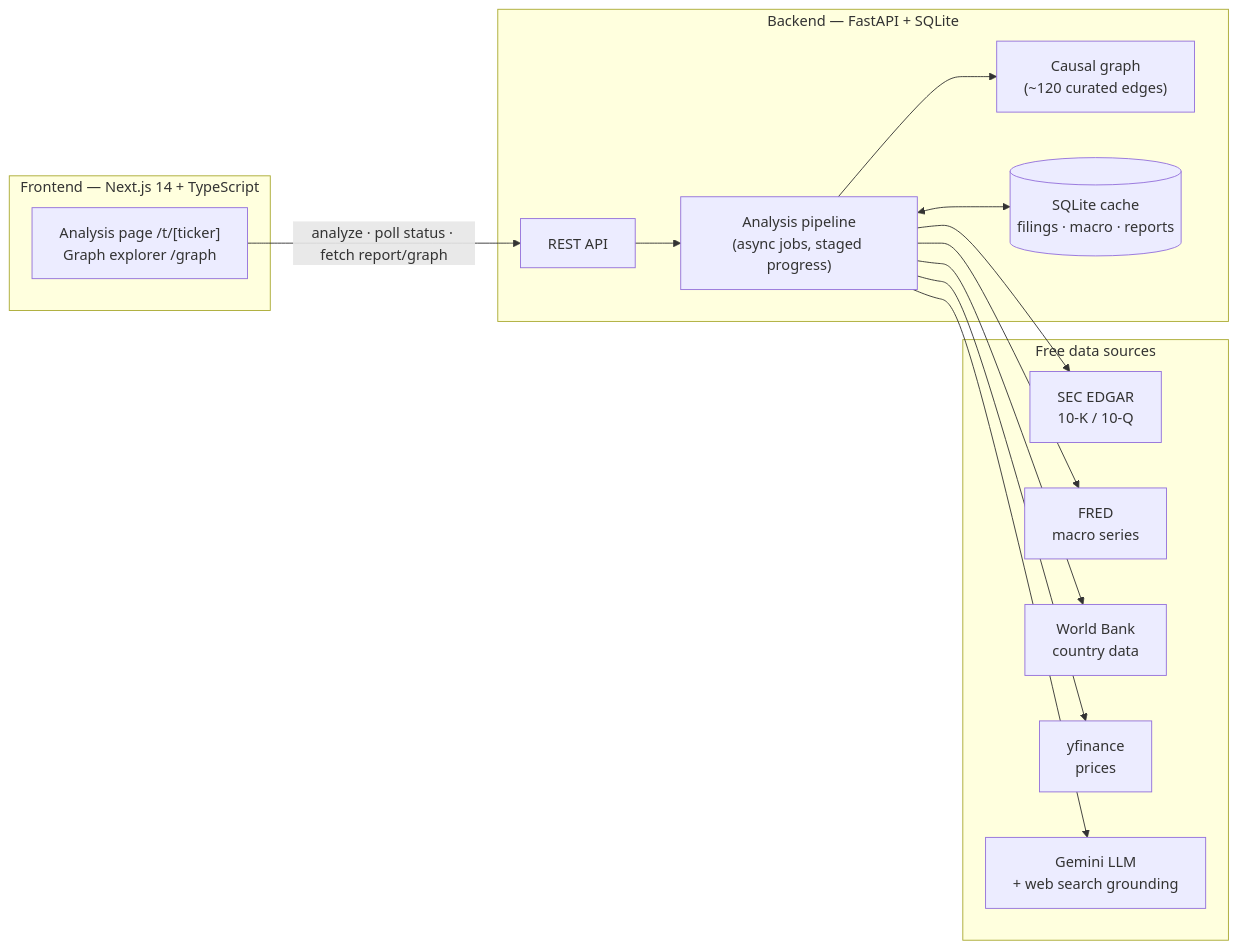
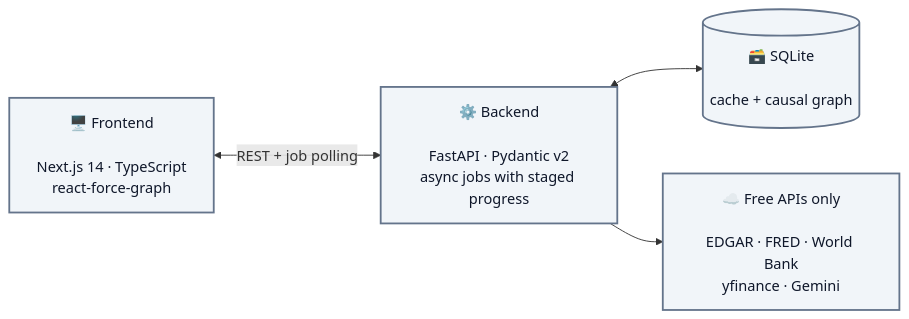
One commit to shravant23/what-moves-your-stock changed the second of 3 diagrams in README.md. Above: the diagram before and after it, drawn with Mermaid. The commit also changed other lines of this file and 2 other files, not shown here.

First line of the commit message:
README: why-it-exists + use cases, spacious architecture diagrams, screenshots

````diff
--- a/README.md
+++ b/README.md
@@ -26,27 +113,13 @@
 ```mermaid
 flowchart LR
-    subgraph Frontend["Frontend — Next.js 14 + TypeScript"]
-        UI["Analysis page /t/[ticker]<br/>Graph explorer /graph"]
-    end
+    classDef box fill:#F1F5F9,stroke:#64748B,color:#0F172A,stroke-width:2px
 
-    subgraph Backend["Backend — FastAPI + SQLite"]
-        API["REST API"]
-        PIPE["Analysis pipeline<br/>(async jobs, staged progress)"]
-        GRAPH["Causal graph<br/>(~120 curated edges)"]
-        CACHE[("SQLite cache<br/>filings · macro · reports")]
-    end
+    FE["&nbsp; 🖥️ Frontend &nbsp;<br/><br/>Next.js 14 · TypeScript<br/>react-force-graph"]:::box
+    BE["&nbsp; ⚙️ Backend &nbsp;<br/><br/>FastAPI · Pydantic v2<br/>async jobs with staged progress"]:::box
+    DB[("&nbsp; 🗃️ SQLite &nbsp;<br/><br/>cache + causal graph")]:::box
+    EXT["&nbsp; ☁️ Free APIs only &nbsp;<br/><br/>EDGAR · FRED · World Bank<br/>yfinance · Gemini"]:::box
 
-    subgraph Sources["Free data sources"]
-        EDGAR["SEC EDGAR<br/>10-K / 10-Q"]
-        FRED["FRED<br/>macro series"]
-        WB["World Bank<br/>country data"]
-        YF["yfinance<br/>prices"]
-        LLM["Gemini LLM<br/>+ web search grounding"]
-    end
-
-    UI -->|"analyze · poll status · fetch report/graph"| API
-    API --> PIPE
-    PIPE <--> CACHE
-    PIPE --> GRAPH
-    PIPE --> EDGAR & FRED & WB & YF & LLM
+    FE <-->|"REST + job polling"| BE
+    BE <--> DB
+    BE --> EXT
 ```
````
